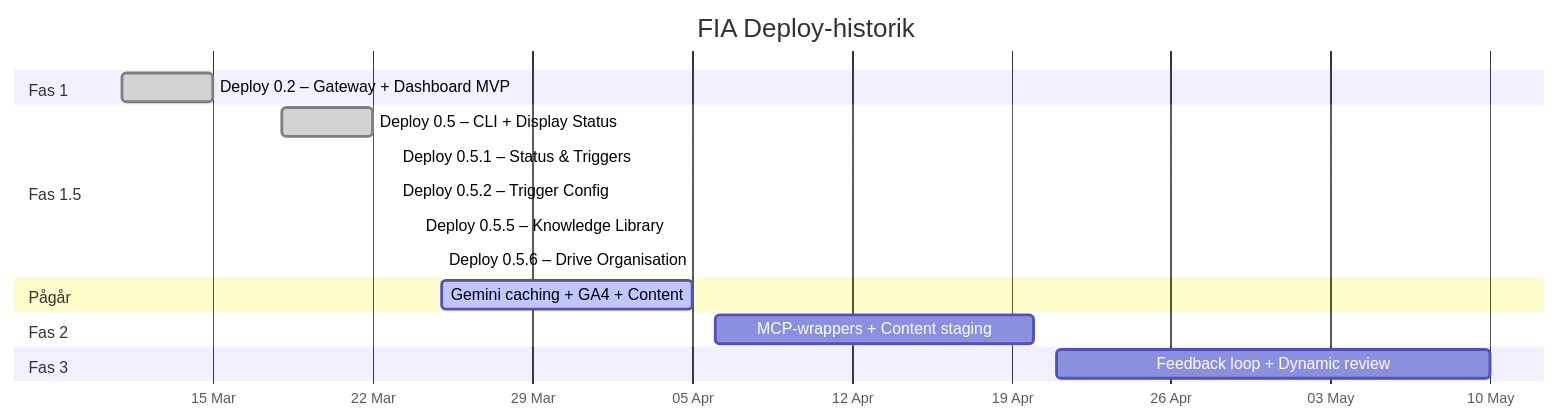
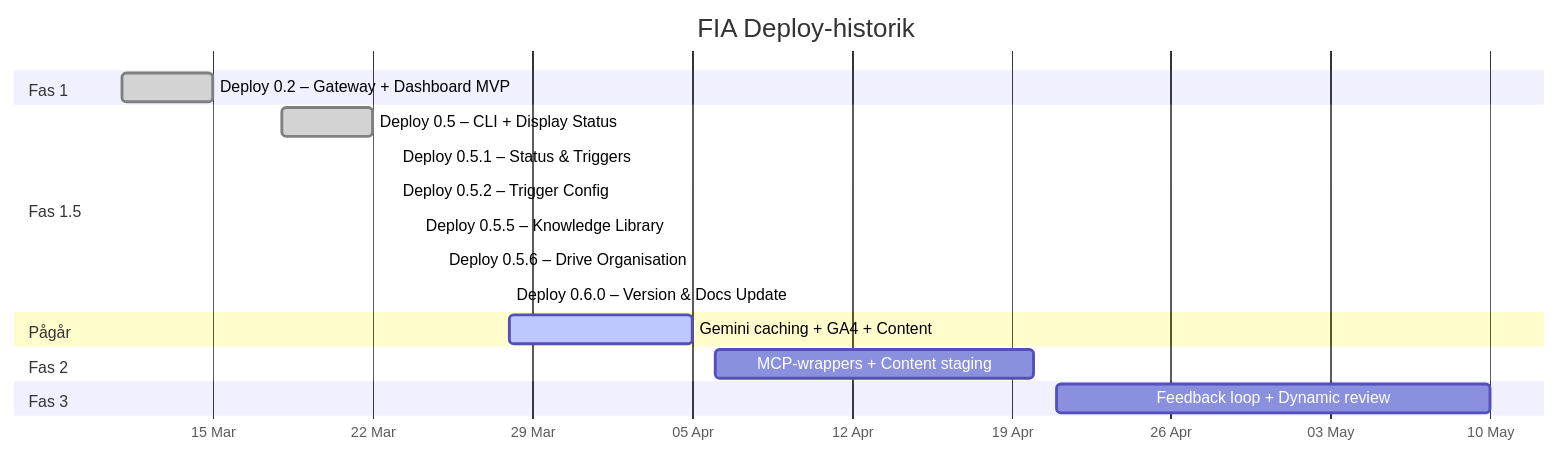
Before and after one commit to Ambivrt/FIA: the diagram in docs/docs/architecture/roadmap.md, drawn with Mermaid. The commit also changed other lines of this file and 1 other file, not shown here.

Commit message:
bump: update ROADMAP and docs roadmap to 0.6.0 (batch 2/4)

````diff
--- a/docs/docs/architecture/roadmap.md
+++ b/docs/docs/architecture/roadmap.md
@@ -7,26 +7,27 @@
 ```mermaid
 gantt
     title FIA Deploy-historik
     dateFormat YYYY-MM-DD
     axisFormat %d %b
 
     section Fas 1
     Deploy 0.2 – Gateway + Dashboard MVP :done, d02, 2026-03-11, 2026-03-15
 
     section Fas 1.5
     Deploy 0.5 – CLI + Display Status     :done, d05, 2026-03-18, 2026-03-22
     Deploy 0.5.1 – Status & Triggers      :done, d051, 2026-03-23, 2026-03-23
     Deploy 0.5.2 – Trigger Config          :done, d052, 2026-03-23, 2026-03-23
     Deploy 0.5.5 – Knowledge Library       :done, d055, 2026-03-24, 2026-03-24
 
     Deploy 0.5.6 – Drive Organisation       :done, d056, 2026-03-25, 2026-03-25
+    Deploy 0.6.0 – Version & Docs Update   :done, d060, 2026-03-28, 2026-03-28
 
     section Pågår
-    Gemini caching + GA4 + Content         :active, curr, 2026-03-25, 2026-04-05
+    Gemini caching + GA4 + Content         :active, curr, 2026-03-28, 2026-04-05
 
     section Fas 2
     MCP-wrappers + Content staging         :f2, 2026-04-06, 2026-04-20
 
     section Fas 3
     Feedback loop + Dynamic review         :f3, 2026-04-21, 2026-05-10
 ```
````
